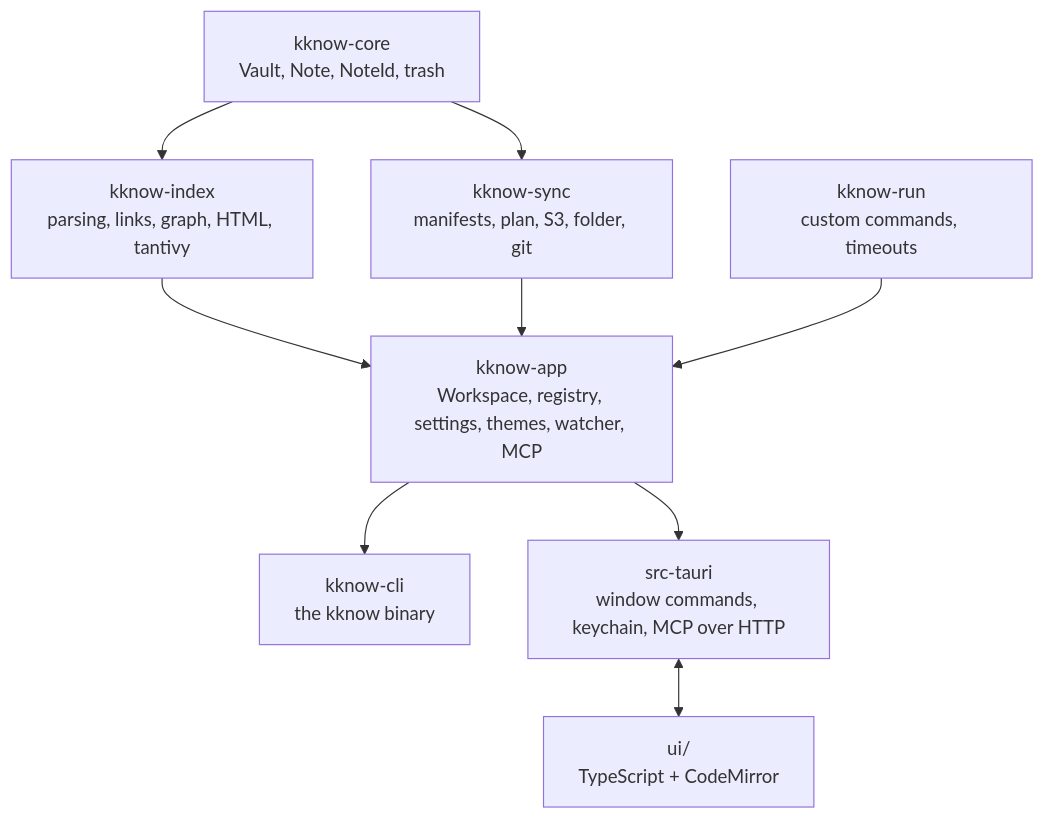
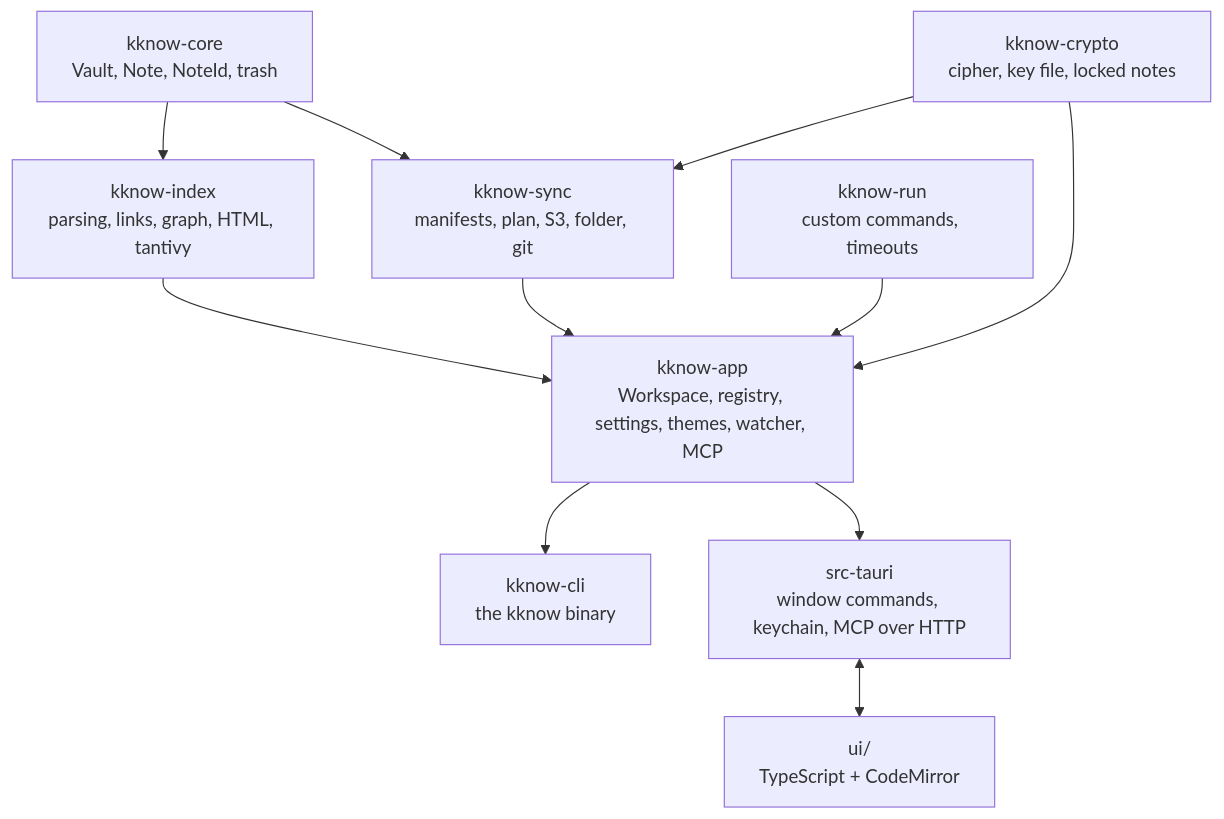
One commit to akuchin/kknow changed the first of 5 diagrams in site/architecture.md. Above: the diagram before and after it, drawn with Mermaid. The commit also changed other lines of this file and 28 other files, not shown here.

First line of the commit message:
Split the kknow-sync errors and keep SyncProvider to storage

````diff
--- a/site/architecture.md
+++ b/site/architecture.md
@@ -31,20 +31,23 @@
 ```mermaid
 flowchart TB
   core["kknow-core<br/>Vault, Note, NoteId, trash"]
+  crypto["kknow-crypto<br/>cipher, key file, locked notes"]
   index["kknow-index<br/>parsing, links, graph, HTML, tantivy"]
   sync["kknow-sync<br/>manifests, plan, S3, folder, git"]
   run["kknow-run<br/>custom commands, timeouts"]
   app["kknow-app<br/>Workspace, registry, settings, themes, watcher, MCP"]
   cli["kknow-cli<br/>the kknow binary"]
   tauri["src-tauri<br/>window commands, keychain, MCP over HTTP"]
   ui["ui/<br/>TypeScript + CodeMirror"]
 
   core --> index
   core --> sync
+  crypto --> sync
+  crypto --> app
   index --> app
   sync --> app
   run --> app
   app --> cli
   app --> tauri
   tauri <--> ui
 ```
````
